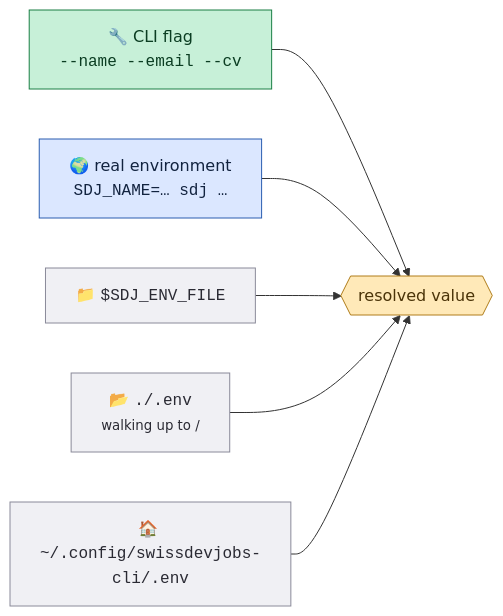
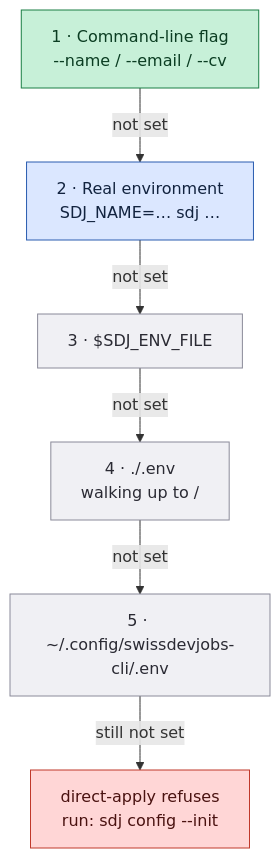
Before and after one commit to Stupidoodle/swissdevjobs-cli: the first of 6 diagrams in README.md, drawn with Mermaid. The commit also changed other lines of this file, not shown here.

First line of the commit message:
docs: drop HTML tags from mermaid labels

````diff
--- a/README.md
+++ b/README.md
@@ -96,18 +96,25 @@
 ```mermaid
-flowchart LR
-    A["🔧 CLI flag<br/><code>--name --email --cv</code>"] --> R{{"resolved value"}}
-    B["🌍 real environment<br/><code>SDJ_NAME=… sdj …</code>"] --> R
-    C["📁 <code>$SDJ_ENV_FILE</code>"] --> R
-    D["📂 <code>./.env</code><br/><small>walking up to /</small>"] --> R
-    E["🏠 <code>~/.config/swissdevjobs-cli/.env</code>"] --> R
+flowchart TD
+    A["1 · Command-line flag<br/>--name / --email / --cv"]
+    B["2 · Real environment<br/>SDJ_NAME=… sdj …"]
+    C["3 · $SDJ_ENV_FILE"]
+    D["4 · ./.env<br/>walking up to /"]
+    E["5 · ~/.config/swissdevjobs-cli/.env"]
+    F["direct-apply refuses<br/>run: sdj config --init"]
+
+    A -->|"not set"| B
+    B -->|"not set"| C
+    C -->|"not set"| D
+    D -->|"not set"| E
+    E -->|"still not set"| F
 
     classDef win fill:#c7f0d8,stroke:#1a7f45,color:#0b3d22
     classDef mid fill:#dbe7ff,stroke:#2a5db0,color:#12233f
     classDef low fill:#f0f0f4,stroke:#8a8a99,color:#2a2a33
-    classDef out fill:#ffe9b8,stroke:#b07d1a,color:#4a3308
+    classDef bad fill:#ffd6d6,stroke:#c0392b,color:#4a1210
 
     class A win
     class B mid
     class C,D,E low
-    class R out
+    class F bad
 ```
````
